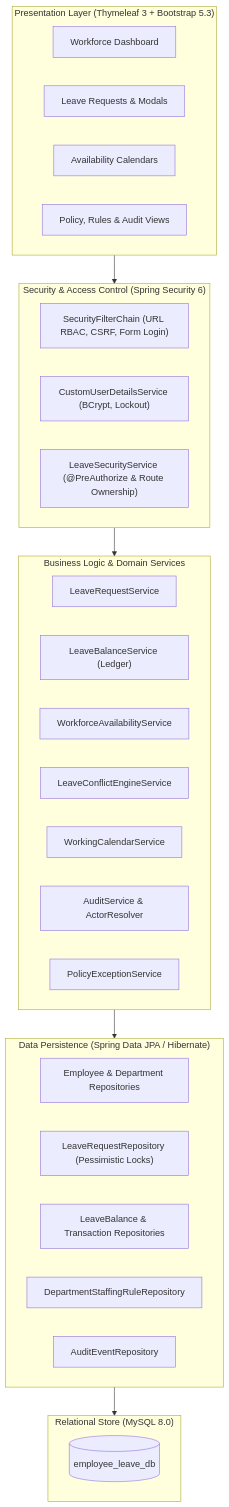
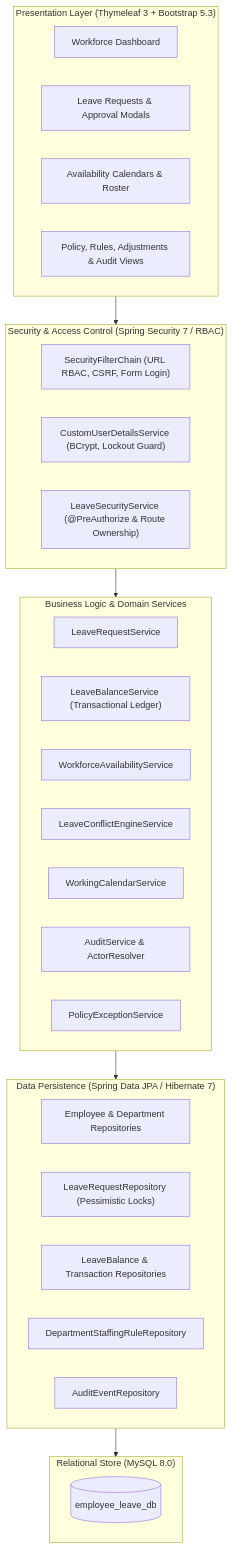
One commit to Curio-2021/employee-leave-workforce-planning changed the first of 3 diagrams in README.md. Above: the diagram before and after it, drawn with Mermaid. The commit also changed other lines of this file, not shown here.

Commit message:
docs: align README with course specification modules and implementation details

````diff
--- a/README.md
+++ b/README.md
@@ -55,42 +57,42 @@
 ```mermaid
 flowchart TD
     subgraph Presentation_Layer["Presentation Layer (Thymeleaf 3 + Bootstrap 5.3)"]
         UI_Dash["Workforce Dashboard"]
-        UI_Req["Leave Requests & Modals"]
-        UI_Avail["Availability Calendars"]
-        UI_Admin["Policy, Rules & Audit Views"]
+        UI_Req["Leave Requests & Approval Modals"]
+        UI_Avail["Availability Calendars & Roster"]
+        UI_Admin["Policy, Rules, Adjustments & Audit Views"]
     end
 
-    subgraph Security_Layer["Security & Access Control (Spring Security 6)"]
+    subgraph Security_Layer["Security & Access Control (Spring Security 7 / RBAC)"]
         Sec_Filter["SecurityFilterChain (URL RBAC, CSRF, Form Login)"]
-        Sec_Auth["CustomUserDetailsService (BCrypt, Lockout)"]
+        Sec_Auth["CustomUserDetailsService (BCrypt, Lockout Guard)"]
         Sec_Method["LeaveSecurityService (@PreAuthorize & Route Ownership)"]
     end
 
     subgraph Service_Layer["Business Logic & Domain Services"]
         Svc_Req["LeaveRequestService"]
-        Svc_Bal["LeaveBalanceService (Ledger)"]
+        Svc_Bal["LeaveBalanceService (Transactional Ledger)"]
         Svc_Avail["WorkforceAvailabilityService"]
         Svc_Conflict["LeaveConflictEngineService"]
         Svc_Calendar["WorkingCalendarService"]
         Svc_Audit["AuditService & ActorResolver"]
         Svc_Excep["PolicyExceptionService"]
     end
 
-    subgraph Persistence_Layer["Data Persistence (Spring Data JPA / Hibernate)"]
+    subgraph Persistence_Layer["Data Persistence (Spring Data JPA / Hibernate 7)"]
         Repo_Emp["Employee & Department Repositories"]
         Repo_Req["LeaveRequestRepository (Pessimistic Locks)"]
         Repo_Bal["LeaveBalance & Transaction Repositories"]
         Repo_Rule["DepartmentStaffingRuleRepository"]
         Repo_Audit["AuditEventRepository"]
     end
 
     subgraph Database["Relational Store (MySQL 8.0)"]
         DB[(employee_leave_db)]
     end
 
     Presentation_Layer --> Security_Layer
     Security_Layer --> Service_Layer
     Service_Layer --> Persistence_Layer
     Persistence_Layer --> Database
 ```
````
